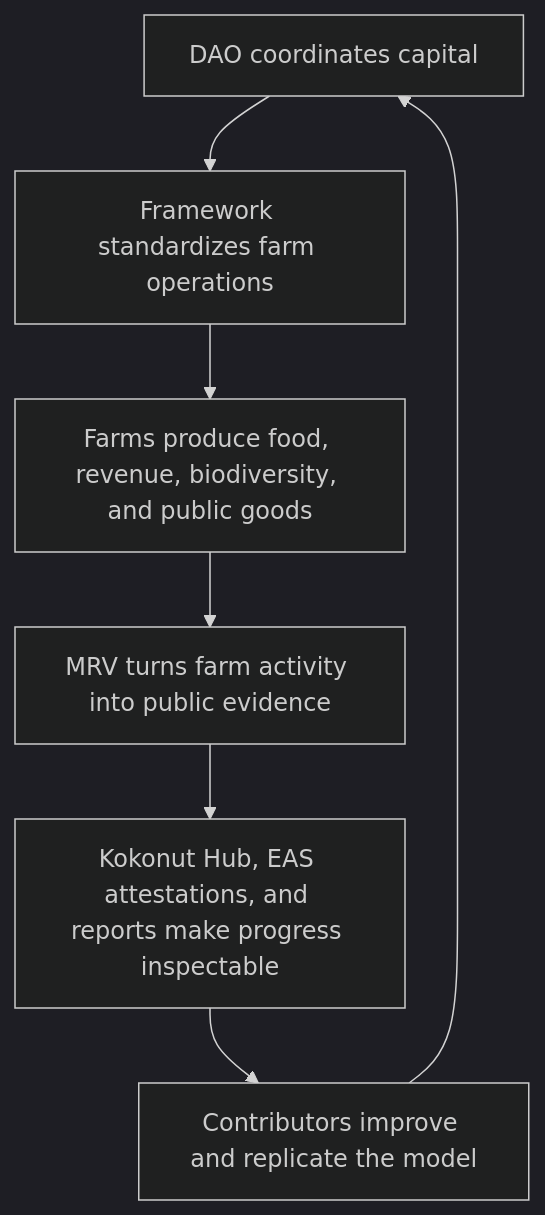
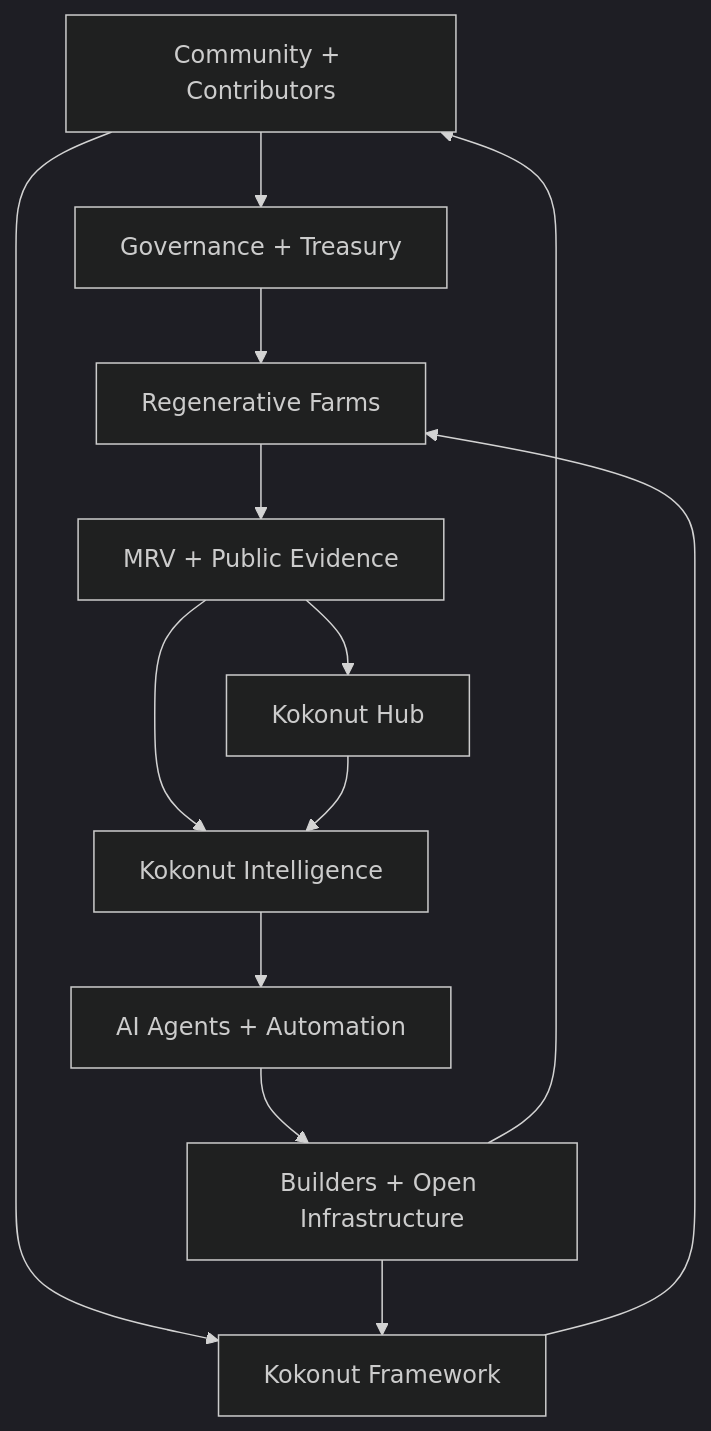
Before and after one commit to wasalo/Kokonut-Public-Site: the first of 2 diagrams in README.md, drawn with Mermaid (dark theme). The commit also changed other lines of this file, not shown here.

Commit message:
docs: refresh README information architecture

````diff
--- a/README.md
+++ b/README.md
@@ -69,9 +43,25 @@
 ```mermaid
 flowchart TD
-    A["DAO coordinates capital"] --> B["Framework standardizes farm operations"]
-    B --> C["Farms produce food, revenue, biodiversity, and public goods"]
-    C --> D["MRV turns farm activity into public evidence"]
-    D --> E["Kokonut Hub, EAS attestations, and reports make progress inspectable"]
-    E --> F["Contributors improve and replicate the model"]
-    F --> A
+    COMMUNITY["Community + Contributors"]
+    DAO["Governance + Treasury"]
+    FRAMEWORK["Kokonut Framework"]
+    FARMS["Regenerative Farms"]
+    MRV["MRV + Public Evidence"]
+    HUB["Kokonut Hub"]
+    KI["Kokonut Intelligence"]
+    AGENTS["AI Agents + Automation"]
+    BUILDERS["Builders + Open Infrastructure"]
+
+    COMMUNITY --> DAO
+    COMMUNITY --> FRAMEWORK
+    DAO --> FARMS
+    FRAMEWORK --> FARMS
+    FARMS --> MRV
+    MRV --> HUB
+    MRV --> KI
+    HUB --> KI
+    KI --> AGENTS
+    AGENTS --> BUILDERS
+    BUILDERS --> FRAMEWORK
+    BUILDERS --> COMMUNITY
 ```
````
